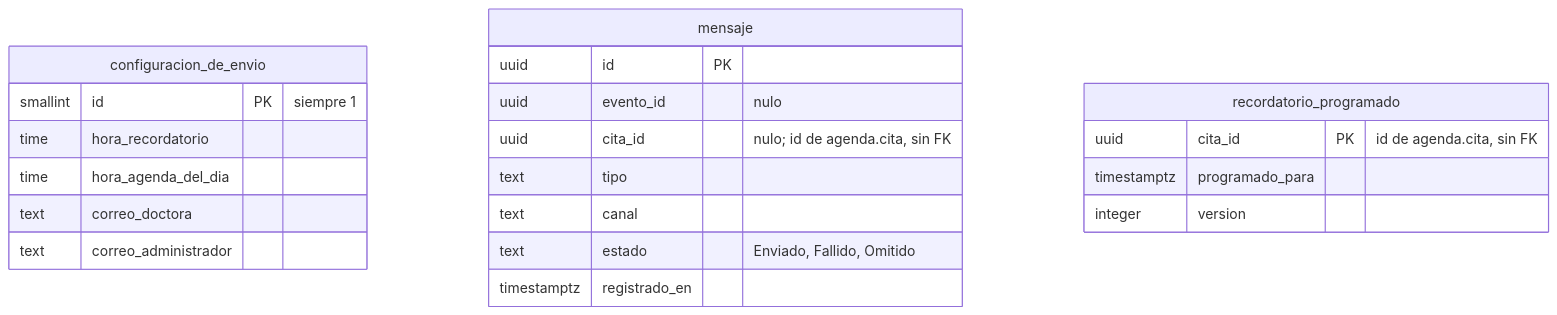
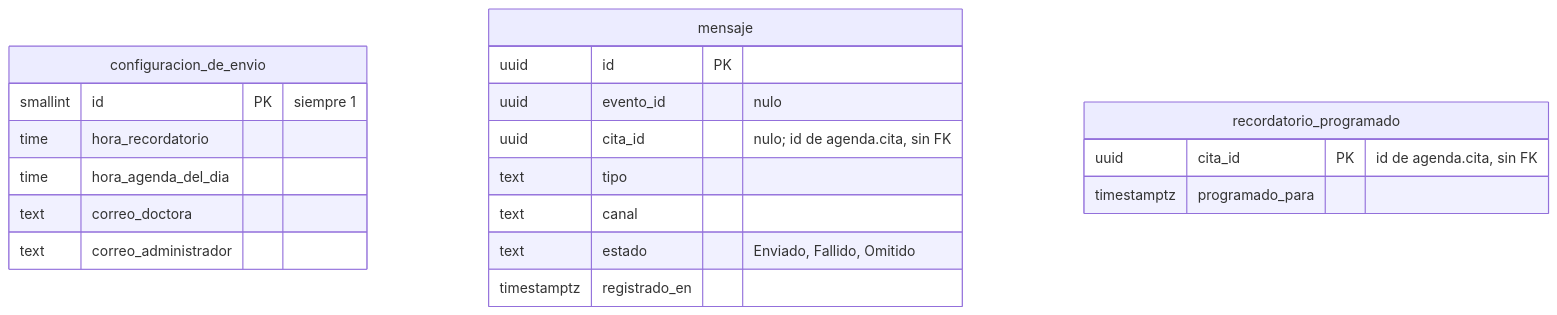
The seventh of 8 diagrams in _bmad-output/initiative-draselina/architecture-appointment-booking/ddd-and-data-model-appointment-booking.md (yerald231ger/draselina-consultorio), drawn with Mermaid before and after one commit. The commit also changed other lines of this file and 15 other files, not shown here.

````diff
--- a/_bmad-output/initiative-draselina/architecture-appointment-booking/ddd-and-data-model-appointment-booking.md
+++ b/_bmad-output/initiative-draselina/architecture-appointment-booking/ddd-and-data-model-appointment-booking.md
@@ -801,24 +801,23 @@
 ```mermaid
 erDiagram
     configuracion_de_envio {
         smallint id PK "siempre 1"
         time hora_recordatorio
         time hora_agenda_del_dia
         text correo_doctora
         text correo_administrador
     }
     mensaje {
         uuid id PK
         uuid evento_id "nulo"
         uuid cita_id "nulo; id de agenda.cita, sin FK"
         text tipo
         text canal
         text estado "Enviado, Fallido, Omitido"
         timestamptz registrado_en
     }
     recordatorio_programado {
         uuid cita_id PK "id de agenda.cita, sin FK"
         timestamptz programado_para
-        integer version
     }
 ```
````
